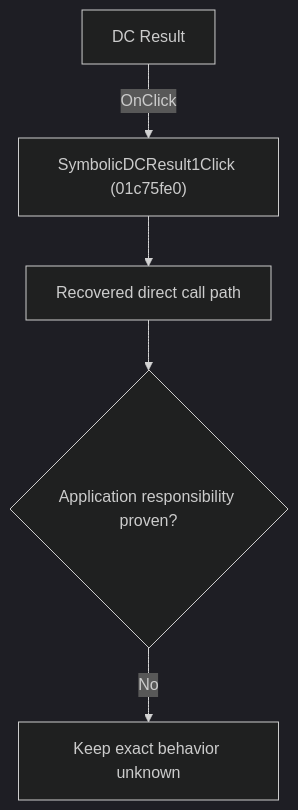
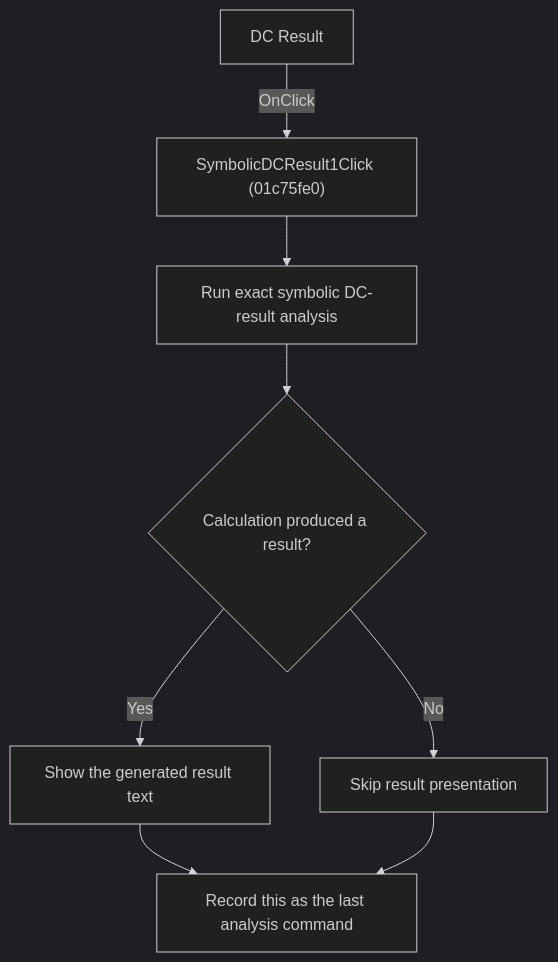
One commit to MovGP0/TIARA changed the diagram in docs/ui-controls/schematiceditor/symbolicdcresult1-11d8708de6.md. Above: the diagram before and after it, drawn with Mermaid (dark theme). The commit also changed other lines of this file and 241 other files, not shown here.

````diff
--- a/docs/ui-controls/schematiceditor/symbolicdcresult1-11d8708de6.md
+++ b/docs/ui-controls/schematiceditor/symbolicdcresult1-11d8708de6.md
@@ -27,7 +25,10 @@
 ```mermaid
 flowchart TD
     control["DC Result"] -->|"OnClick"| handler["SymbolicDCResult1Click (01c75fe0)"]
-    handler --> recovered["Recovered direct call path"]
-    recovered --> gap{"Application responsibility proven?"}
-    gap -->|"No"| blocked["Keep exact behavior unknown"]
+    handler --> calculate["Run exact symbolic DC-result analysis"]
+    calculate --> result{"Calculation produced a result?"}
+    result -->|"Yes"| show["Show the generated result text"]
+    result -->|"No"| skip["Skip result presentation"]
+    show --> remember["Record this as the last analysis command"]
+    skip --> remember
 ```
````
